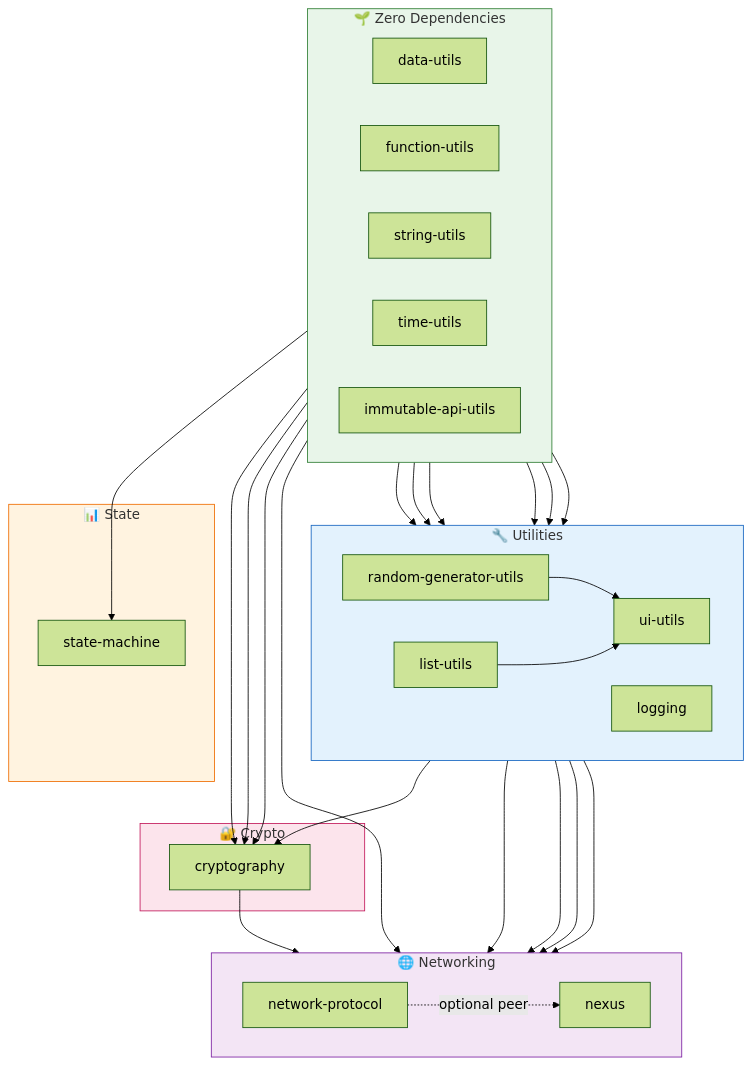
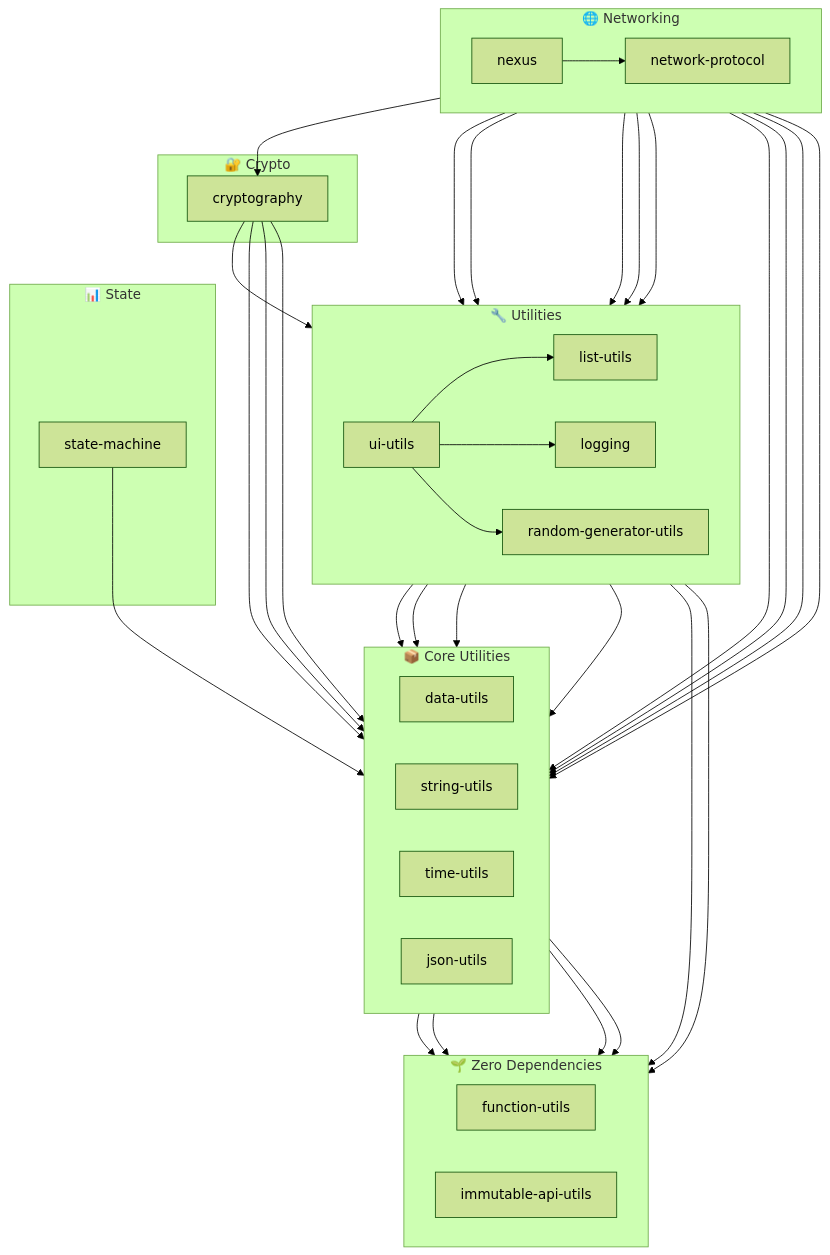
One commit to AndrewRedican/hyperfrontend changed the first of 2 diagrams in LIBRARY_COMPATIBILITY.md. Above: the diagram before and after it, drawn with Mermaid (forest theme). The commit also changed other lines of this file, not shown here.

Commit message:
docs(@hyperfrontend/workspace): clean up the library compatiblity

````diff
--- a/LIBRARY_COMPATIBILITY.md
+++ b/LIBRARY_COMPATIBILITY.md
@@ -289,67 +295,76 @@
 ```mermaid
 flowchart TB
     subgraph ZERO["🌱 Zero Dependencies"]
         direction LR
+        function-utils
+        immutable-api-utils
+    end
+
+    subgraph CORE["📦 Core Utilities"]
+        direction LR
         data-utils
-        function-utils
         string-utils
         time-utils
-        immutable-api-utils
+        json-utils
     end
 
     subgraph UTILS["🔧 Utilities"]
         direction LR
         list-utils
         random-generator-utils
         logging
         ui-utils
     end
 
     subgraph STATE["📊 State"]
         state-machine
     end
 
     subgraph CRYPTO["🔐 Crypto"]
         cryptography
     end
 
     subgraph NET["🌐 Networking"]
         direction LR
         network-protocol
         nexus
     end
 
-    data-utils --> list-utils
-    data-utils --> random-generator-utils
-    data-utils --> logging
-    data-utils --> state-machine
-    data-utils --> ui-utils
-    data-utils --> cryptography
+    %% Core utilities depend on immutable-api-utils
+    data-utils --> immutable-api-utils
+    string-utils --> immutable-api-utils
+    time-utils --> immutable-api-utils
+    json-utils --> immutable-api-utils
 
-    function-utils --> logging
-    function-utils --> ui-utils
-    function-utils --> nexus
+    %% Utilities layer
+    list-utils --> data-utils
+    random-generator-utils --> data-utils
+    logging --> data-utils
+    logging --> function-utils
+    state-machine --> data-utils
+    ui-utils --> data-utils
+    ui-utils --> function-utils
+    ui-utils --> list-utils
+    ui-utils --> logging
+    ui-utils --> random-generator-utils
 
-    string-utils --> cryptography
-    time-utils --> cryptography
+    %% Crypto layer
+    cryptography --> data-utils
+    cryptography --> random-generator-utils
+    cryptography --> string-utils
+    cryptography --> time-utils
 
-    random-generator-utils --> ui-utils
-    random-generator-utils --> cryptography
-    random-generator-utils --> nexus
+    %% Network layer
+    network-protocol --> cryptography
+    network-protocol --> logging
+    network-protocol --> json-utils
+    network-protocol --> list-utils
+    network-protocol --> random-generator-utils
+    network-protocol --> string-utils
+    network-protocol --> time-utils
 
-    list-utils --> ui-utils
-    list-utils --> network-protocol
-
-    logging --> network-protocol
-    logging --> nexus
-
-    cryptography --> network-protocol
-
-    network-protocol -.->|optional peer| nexus
-
-    style ZERO fill:#e8f5e9,stroke:#2e7d32
-    style UTILS fill:#e3f2fd,stroke:#1565c0
-    style STATE fill:#fff3e0,stroke:#ef6c00
-    style CRYPTO fill:#fce4ec,stroke:#c2185b
-    style NET fill:#f3e5f5,stroke:#7b1fa2
+    nexus --> network-protocol
+    nexus --> logging
+    nexus --> json-utils
+    nexus --> random-generator-utils
 ```
````
